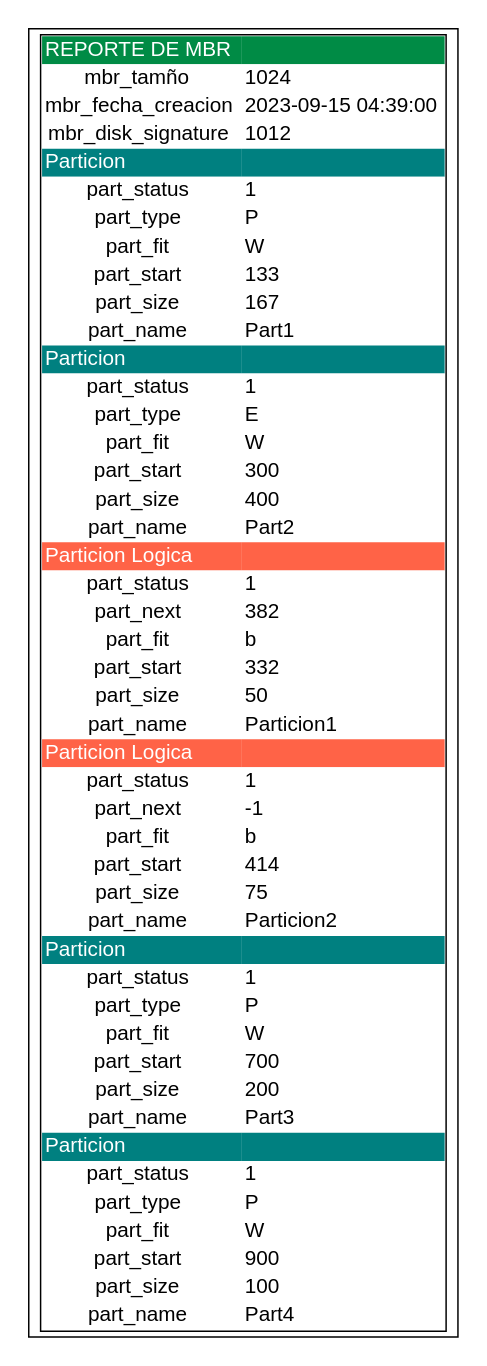
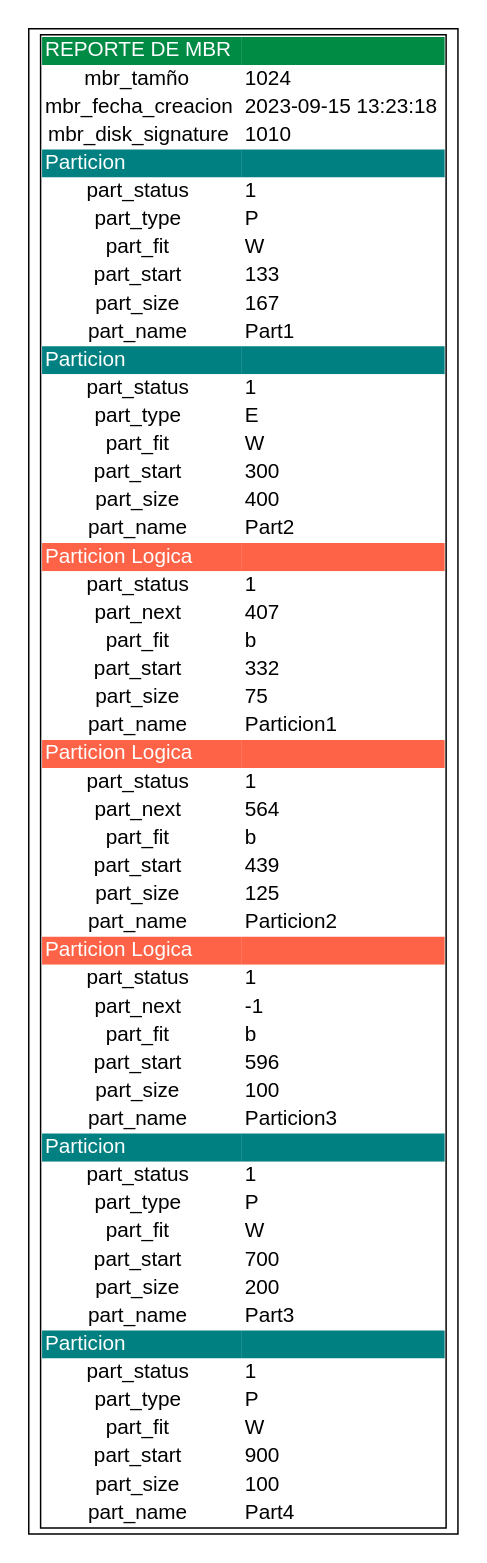
The diagram in reportes/reporte_mbr.dot (luis-tavico/MIA_2SP1_202000562), drawn with Graphviz before and after one commit. The commit also changed 4 other files, not shown here.

```diff
--- a/reportes/reporte_mbr.dot
+++ b/reportes/reporte_mbr.dot
@@ -12,11 +12,11 @@
         </tr>
         <tr>
             <td bgcolor="white" align="center"> mbr_fecha_creacion </td>
-            <td bgcolor="white" align="left"> 2023-09-15 04:39:00 </td>
+            <td bgcolor="white" align="left"> 2023-09-15 13:23:18 </td>
         </tr>
         <tr>
             <td bgcolor="white" align="center"> mbr_disk_signature </td>
-            <td bgcolor="white" align="left"> 1012 </td>
+            <td bgcolor="white" align="left"> 1010 </td>
         </tr>
         <tr>
             <td bgcolor="teal" align="left"><font color="white"> Particion </font></td>
@@ -84,7 +84,7 @@
         </tr>
         <tr>
             <td bgcolor="white" align="center"> part_next </td>
-            <td bgcolor="white" align="left"> 382 </td>
+            <td bgcolor="white" align="left"> 407 </td>
         </tr>
         <tr>
             <td bgcolor="white" align="center"> part_fit </td>
@@ -96,11 +96,39 @@
         </tr>
         <tr>
             <td bgcolor="white" align="center"> part_size </td>
-            <td bgcolor="white" align="left"> 50 </td>
+            <td bgcolor="white" align="left"> 75 </td>
         </tr>
         <tr>
             <td bgcolor="white" align="center"> part_name </td>
             <td bgcolor="white" align="left"> Particion1 </td>
+        </tr>
+        <tr>
+            <td bgcolor="tomato" align="left"><font color="white"> Particion Logica </font></td>
+            <td bgcolor="tomato" align="left"><font color="white"> </font></td>
+        </tr>
+        <tr>
+            <td bgcolor="white" align="center"> part_status </td>
+            <td bgcolor="white" align="left"> 1 </td>
+        </tr>
+        <tr>
+            <td bgcolor="white" align="center"> part_next </td>
+            <td bgcolor="white" align="left"> 564 </td>
+        </tr>
+        <tr>
+            <td bgcolor="white" align="center"> part_fit </td>
+            <td bgcolor="white" align="left"> b </td>
+        </tr>
+        <tr>
+            <td bgcolor="white" align="center"> part_start </td>
+            <td bgcolor="white" align="left"> 439 </td>
+        </tr>
+        <tr>
+            <td bgcolor="white" align="center"> part_size </td>
+            <td bgcolor="white" align="left"> 125 </td>
+        </tr>
+        <tr>
+            <td bgcolor="white" align="center"> part_name </td>
+            <td bgcolor="white" align="left"> Particion2 </td>
         </tr>
         <tr>
             <td bgcolor="tomato" align="left"><font color="white"> Particion Logica </font></td>
@@ -120,15 +148,15 @@
         </tr>
         <tr>
             <td bgcolor="white" align="center"> part_start </td>
-            <td bgcolor="white" align="left"> 414 </td>
+            <td bgcolor="white" align="left"> 596 </td>
         </tr>
         <tr>
             <td bgcolor="white" align="center"> part_size </td>
-            <td bgcolor="white" align="left"> 75 </td>
+            <td bgcolor="white" align="left"> 100 </td>
         </tr>
         <tr>
             <td bgcolor="white" align="center"> part_name </td>
-            <td bgcolor="white" align="left"> Particion2 </td>
+            <td bgcolor="white" align="left"> Particion3 </td>
         </tr>
         <tr>
             <td bgcolor="teal" align="left"><font color="white"> Particion </font></td>
```
